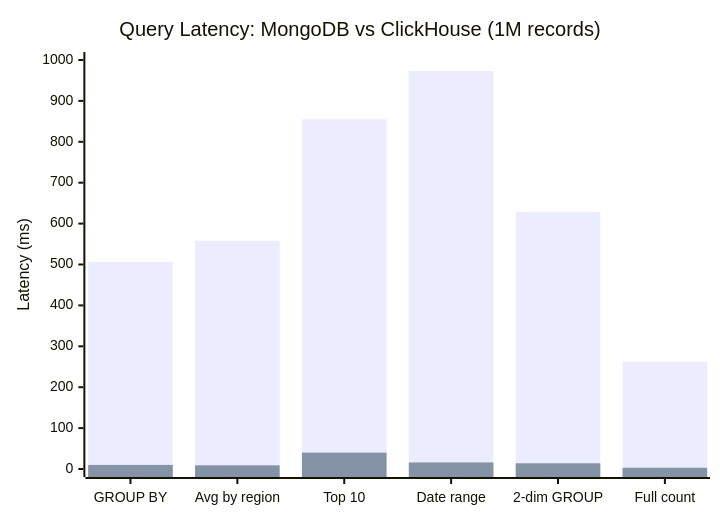
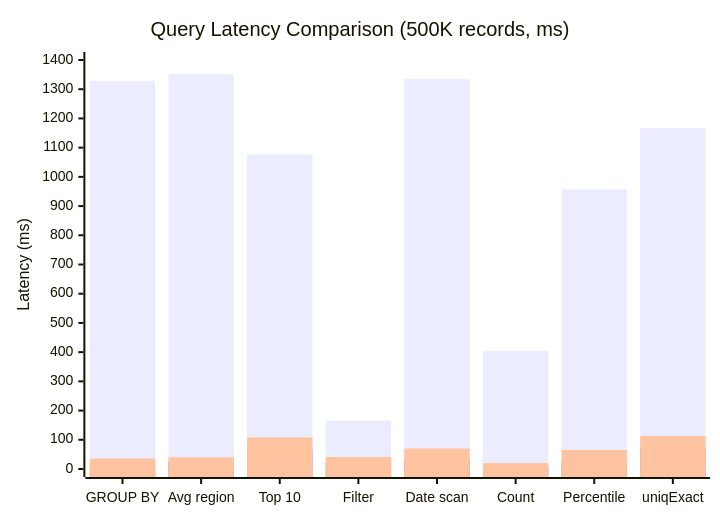
One commit to mrityunjaysharma/mongo-flux changed diagram 12 of 14 in docs/design.md. Above: the diagram before and after it, drawn with Mermaid. The commit also changed other lines of this file and 1 other file, not shown here.

````diff
--- a/docs/design.md
+++ b/docs/design.md
@@ -338,8 +357,9 @@
 ```mermaid
 xychart-beta
-    title "Query Latency: MongoDB vs ClickHouse (1M records)"
-    x-axis ["GROUP BY", "Avg by region", "Top 10", "Date range", "2-dim GROUP", "Full count"]
-    y-axis "Latency (ms)" 0 --> 1000
-    bar [506, 558, 855, 973, 628, 262]
-    bar [10, 9, 40, 16, 14, 3]
+    title "Query Latency Comparison (500K records, ms)"
+    x-axis ["GROUP BY", "Avg region", "Top 10", "Filter", "Date scan", "Count", "Percentile", "uniqExact"]
+    y-axis "Latency (ms)" 0 --> 1400
+    bar [1329, 1351, 1077, 166, 1335, 404, 957, 1167]
+    bar [14, 24, 66, 24, 33, 9, 26, 73]
+    bar [36, 40, 108, 41, 70, 20, 65, 113]
 ```
````
